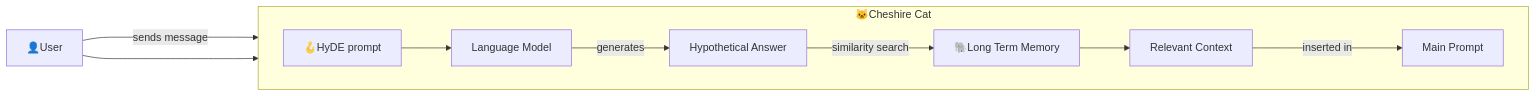
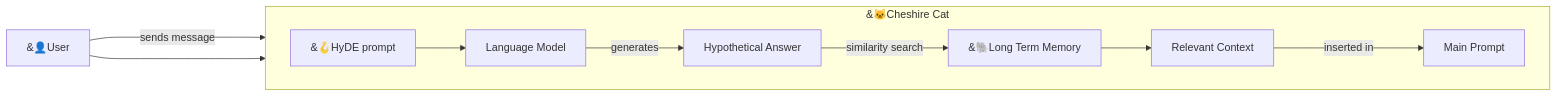
Before and after one commit to cheshire-cat-ai/docs: the diagram in mkdocs/conceptual/prompts/hyde.md, drawn with Mermaid. The commit also changed other lines of this file and 19 other files, not shown here.

````diff
--- a/mkdocs/conceptual/prompts/hyde.md
+++ b/mkdocs/conceptual/prompts/hyde.md
@@ -40,13 +40,13 @@
 ```mermaid
 flowchart LR
-    subgraph cat ["🐱Cheshire Cat"]
+    subgraph cat ["&#128049;Cheshire Cat"]
     direction LR
-    hyde["🪝HyDE prompt"] --> llm[Language Model];
+    hyde["&#129693;HyDE prompt"] --> llm[Language Model];
     llm -->|generates|answer[Hypothetical Answer];
-    answer -->|similarity search|ltm["🐘Long Term Memory"];
+    answer -->|similarity search|ltm["&#128024;Long Term Memory"];
     ltm --> context[Relevant Context];
     context --->|inserted in|prompt[Main Prompt];
     end
-    A["👤User"] ---->|sends message|hyde;
+    A["&#128100;User"] ---->|sends message|hyde;
     A --> prompt
 ```
````
